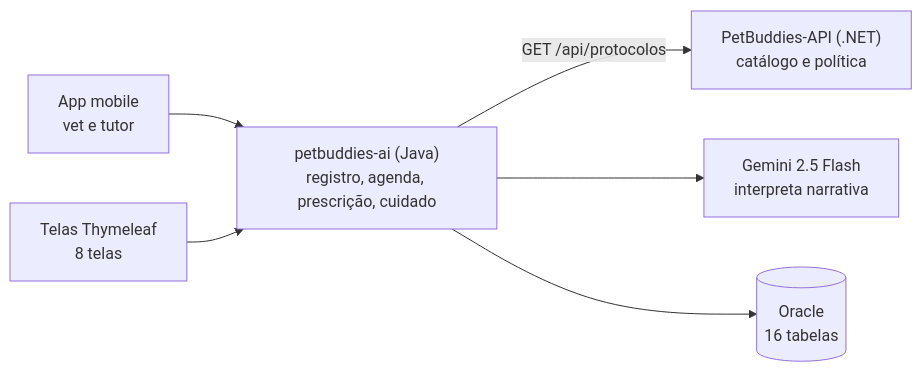
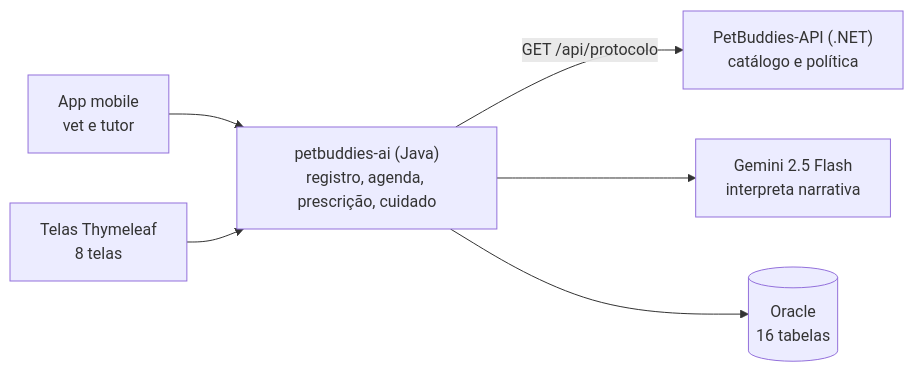
One commit to 3BugBuddies/PetBuddies-AI changed the third of 5 diagrams in README.md. Above: the diagram before and after it, drawn with Mermaid. The commit also changed other lines of this file and 2 other files, not shown here.

Commit message:
fix: aponta o ProtocoloClient para a rota singular do .NET
O .NET renomeia /api/protocolos para /api/protocolo na mesma onda. Sem esta
mudanca a leitura do catalogo quebra em runtime, nao na compilacao: o plano
de cuidado simplesmente para de nascer.

````diff
--- a/README.md
+++ b/README.md
@@ -291,9 +291,9 @@
 ```mermaid
 flowchart LR
     App["App mobile<br/>vet e tutor"] --> Java
     Web["Telas Thymeleaf<br/>8 telas"] --> Java
     Java["petbuddies-ai (Java)<br/>registro, agenda, prescrição, cuidado"]
-    Java -->|"GET /api/protocolos"| Net["PetBuddies-API (.NET)<br/>catálogo e política"]
+    Java -->|"GET /api/protocolo"| Net["PetBuddies-API (.NET)<br/>catálogo e política"]
     Java --> Gemini["Gemini 2.5 Flash<br/>interpreta narrativa"]
     Java --> Oracle[("Oracle<br/>16 tabelas")]
 ```
````
